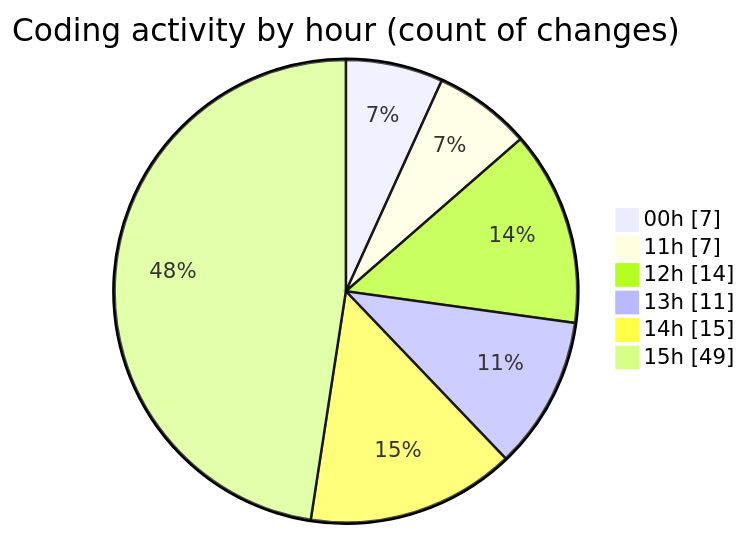
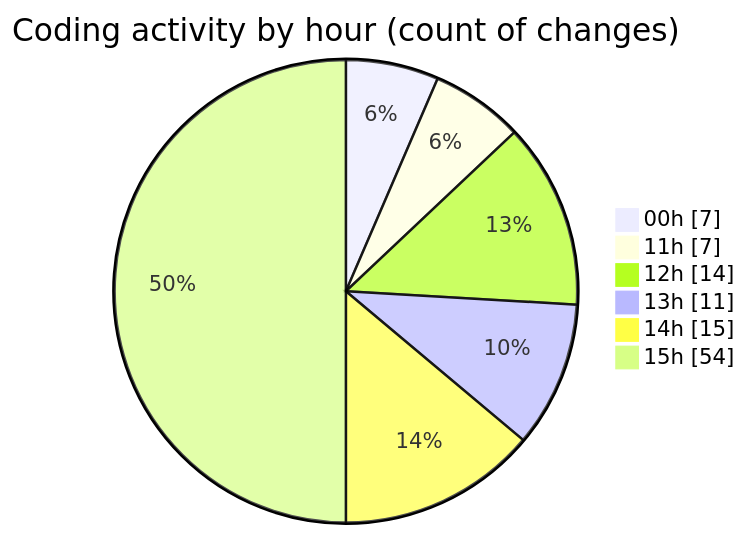
One commit to julien-gomy/code-tracking changed the second of 2 diagrams in 2025-10-08/eventscop-frontend-guide__workspace_/README.md. Above: the diagram before and after it, drawn with Mermaid. The commit also changed other lines of this file and 1 other file, not shown here.

````diff
--- a/2025-10-08/eventscop-frontend-guide__workspace_/README.md
+++ b/2025-10-08/eventscop-frontend-guide__workspace_/README.md
@@ -48,10 +48,10 @@
 ```mermaid
 pie showData
 title Coding activity by hour (count of changes)
 "00h" : 7
 "11h" : 7
 "12h" : 14
 "13h" : 11
 "14h" : 15
-"15h" : 49
+"15h" : 54
 ```
````
